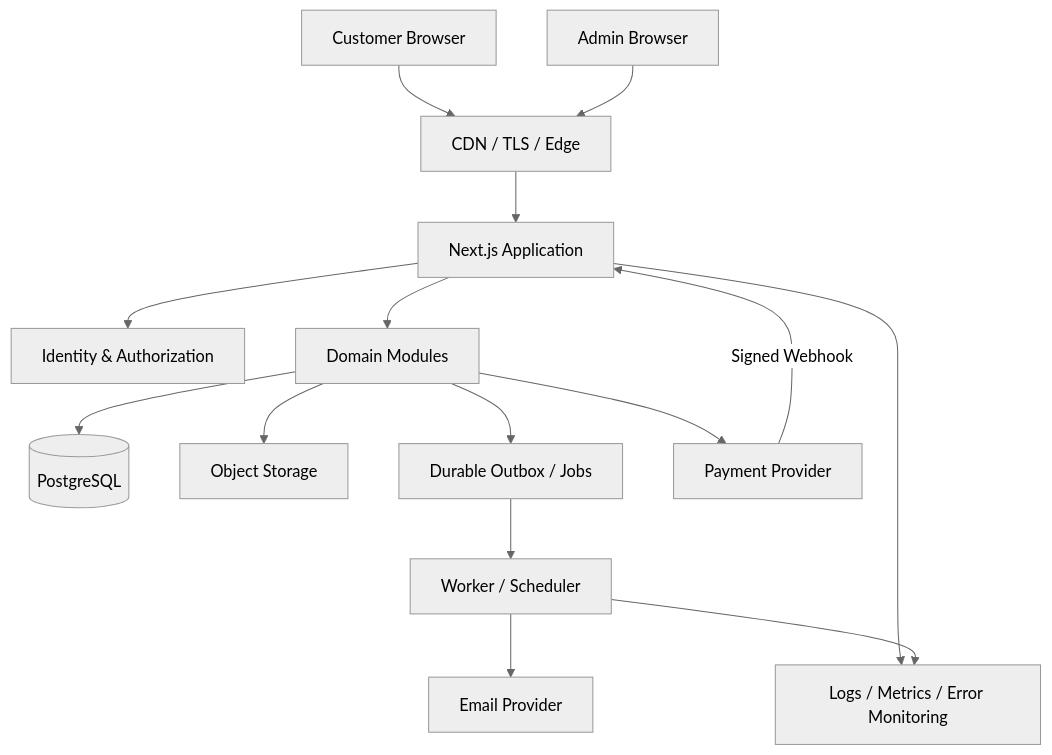
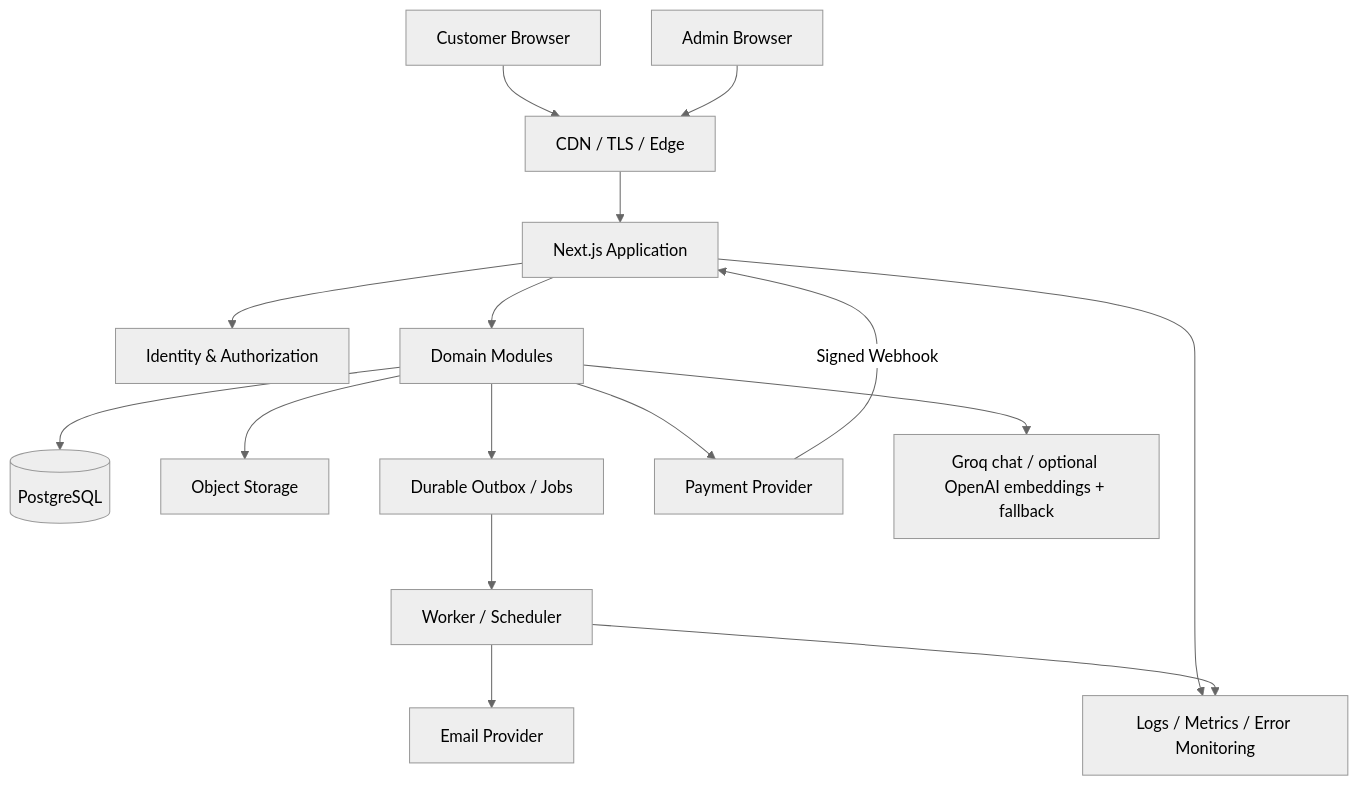
The first of 2 diagrams in docs/architecture.md (alpharabbit9/Evora), drawn with Mermaid (neutral theme) before and after one commit. The commit also changed other lines of this file and 2507 other files, not shown here.

````diff
--- a/docs/architecture.md
+++ b/docs/architecture.md
@@ -18,17 +18,18 @@
 ```mermaid
 flowchart TD
   C[Customer Browser] --> EDGE[CDN / TLS / Edge]
   A[Admin Browser] --> EDGE
   EDGE --> WEB[Next.js Application]
   WEB --> AUTH[Identity & Authorization]
   WEB --> MOD[Domain Modules]
   MOD --> DB[(PostgreSQL)]
   MOD --> OBJ[Object Storage]
   MOD --> OUTBOX[Durable Outbox / Jobs]
   OUTBOX --> WORKER[Worker / Scheduler]
   WORKER --> EMAIL[Email Provider]
   MOD --> PAY[Payment Provider]
+  MOD --> LLM[Groq chat / optional OpenAI embeddings + fallback]
   PAY -->|Signed Webhook| WEB
   WEB --> OBS[Logs / Metrics / Error Monitoring]
   WORKER --> OBS
 ```
````
